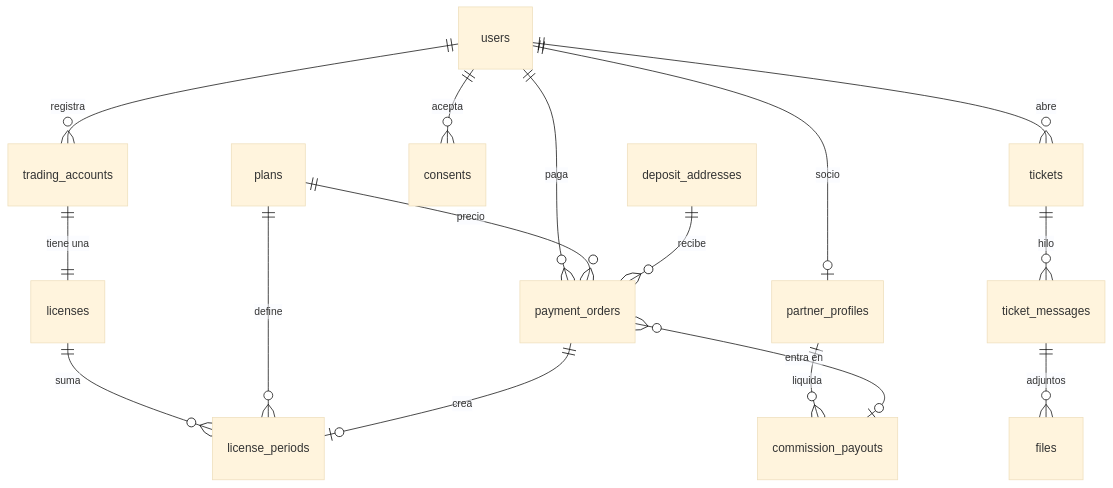
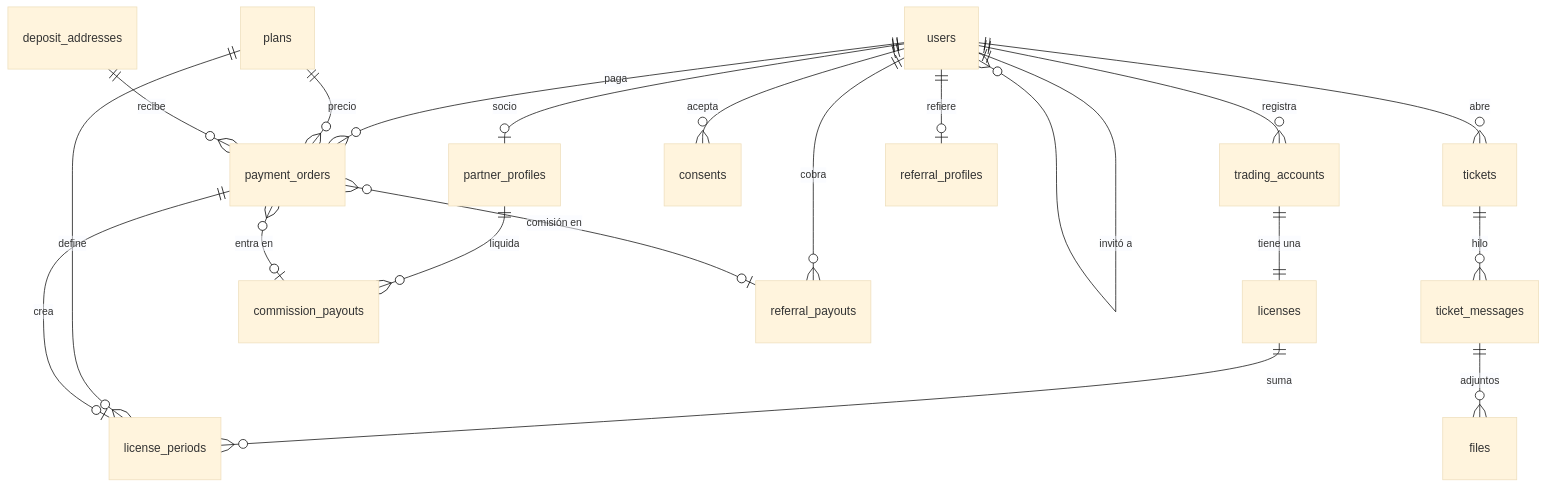
One commit to DylanSrz/DocTrader changed the first of 6 diagrams in docs/MODELO-DATOS.md. Above: the diagram before and after it, drawn with Mermaid (base theme). The commit also changed other lines of this file and 9 other files, not shown here.

````diff
--- a/docs/MODELO-DATOS.md
+++ b/docs/MODELO-DATOS.md
@@ -27,18 +27,22 @@
 ```mermaid
 erDiagram
   users ||--o{ trading_accounts : "registra"
   users ||--o{ payment_orders : "paga"
   users ||--o{ tickets : "abre"
   users ||--o{ consents : "acepta"
   users ||--o| partner_profiles : "socio"
   trading_accounts ||--|| licenses : "tiene una"
   licenses ||--o{ license_periods : "suma"
   plans ||--o{ license_periods : "define"
   plans ||--o{ payment_orders : "precio"
   payment_orders ||--o| license_periods : "crea"
   deposit_addresses ||--o{ payment_orders : "recibe"
   tickets ||--o{ ticket_messages : "hilo"
   ticket_messages ||--o{ files : "adjuntos"
   partner_profiles ||--o{ commission_payouts : "liquida"
   payment_orders }o--o| commission_payouts : "entra en"
+  users ||--o| referral_profiles : "refiere"
+  users ||--o{ users : "invitó a"
+  users ||--o{ referral_payouts : "cobra"
+  payment_orders }o--o| referral_payouts : "comisión en"
 ```
````
